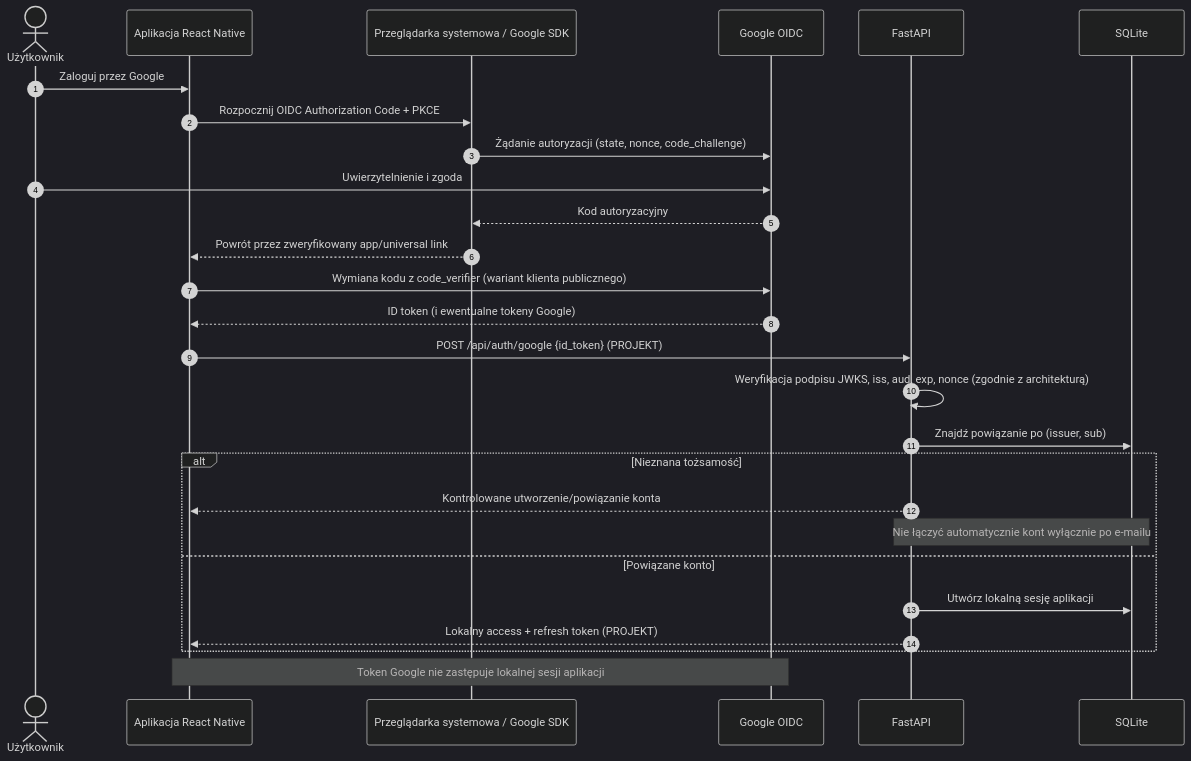
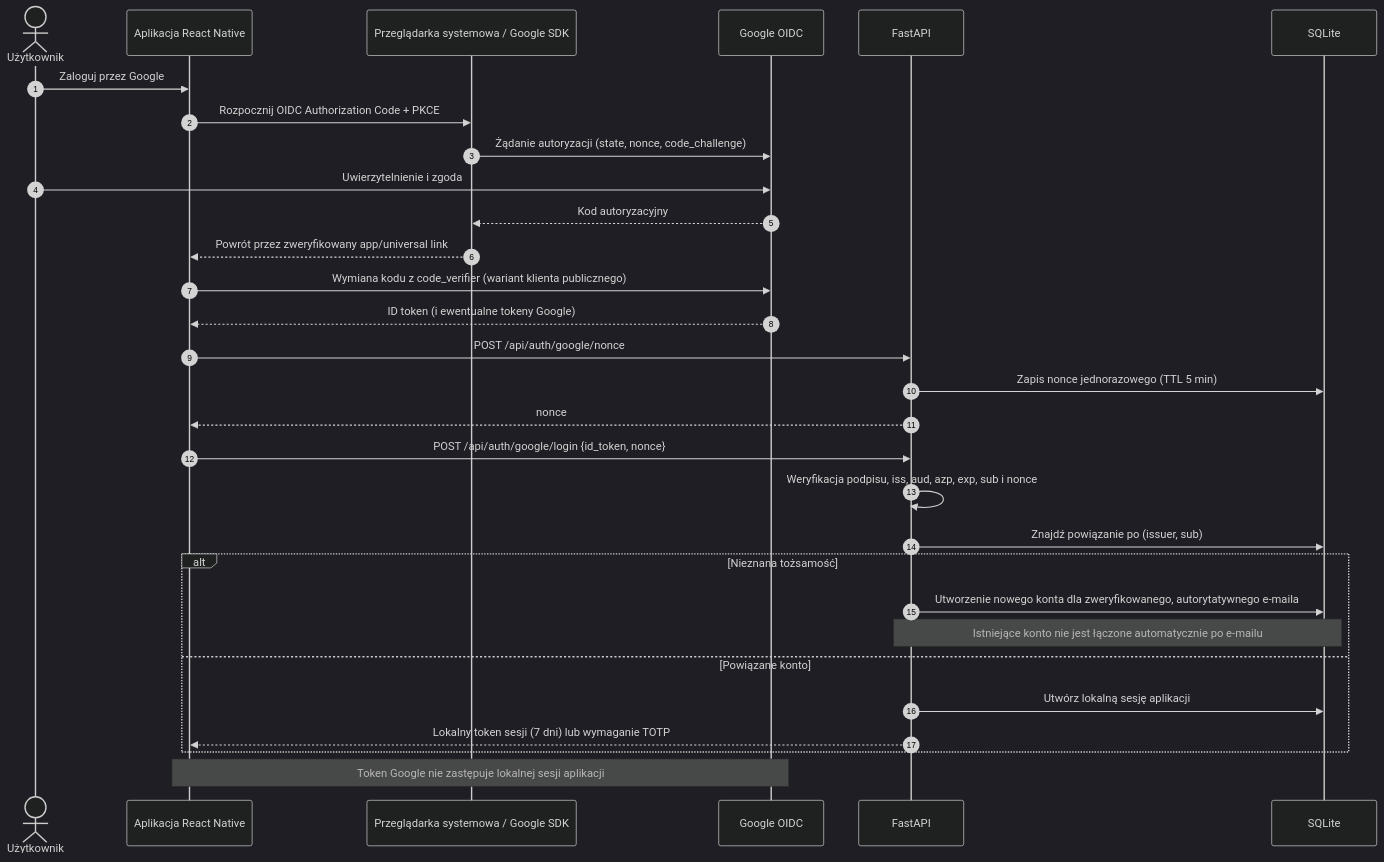
The fourth of 5 diagrams in docs/sesja/uwierzytelnianie.md (RadoslawRajda/PecuniaNonOlet), drawn with Mermaid (dark theme) before and after one commit. The commit also changed other lines of this file and 34 other files, not shown here.

Commit message:
feat(auth): add Google sign-in and passkeys

````diff
--- a/docs/sesja/uwierzytelnianie.md
+++ b/docs/sesja/uwierzytelnianie.md
@@ -122,29 +122,32 @@
 ```mermaid
 sequenceDiagram
     autonumber
     actor U as Użytkownik
     participant A as Aplikacja React Native
     participant P as Przeglądarka systemowa / Google SDK
     participant G as Google OIDC
     participant B as FastAPI
     participant D as SQLite
     U->>A: Zaloguj przez Google
     A->>P: Rozpocznij OIDC Authorization Code + PKCE
     P->>G: Żądanie autoryzacji (state, nonce, code_challenge)
     U->>G: Uwierzytelnienie i zgoda
     G-->>P: Kod autoryzacyjny
     P-->>A: Powrót przez zweryfikowany app/universal link
     A->>G: Wymiana kodu z code_verifier (wariant klienta publicznego)
     G-->>A: ID token (i ewentualne tokeny Google)
-    A->>B: POST /api/auth/google {id_token} (PROJEKT)
-    B->>B: Weryfikacja podpisu JWKS, iss, aud, exp, nonce (zgodnie z architekturą)
+    A->>B: POST /api/auth/google/nonce
+    B->>D: Zapis nonce jednorazowego (TTL 5 min)
+    B-->>A: nonce
+    A->>B: POST /api/auth/google/login {id_token, nonce}
+    B->>B: Weryfikacja podpisu, iss, aud, azp, exp, sub i nonce
     B->>D: Znajdź powiązanie po (issuer, sub)
     alt Nieznana tożsamość
-        B-->>A: Kontrolowane utworzenie/powiązanie konta
-        Note over B,D: Nie łączyć automatycznie kont wyłącznie po e-mailu
+        B->>D: Utworzenie nowego konta dla zweryfikowanego, autorytatywnego e-maila
+        Note over B,D: Istniejące konto nie jest łączone automatycznie po e-mailu
     else Powiązane konto
         B->>D: Utwórz lokalną sesję aplikacji
-        B-->>A: Lokalny access + refresh token (PROJEKT)
+        B-->>A: Lokalny token sesji (7 dni) lub wymaganie TOTP
     end
     Note over A,G: Token Google nie zastępuje lokalnej sesji aplikacji
 ```
````
